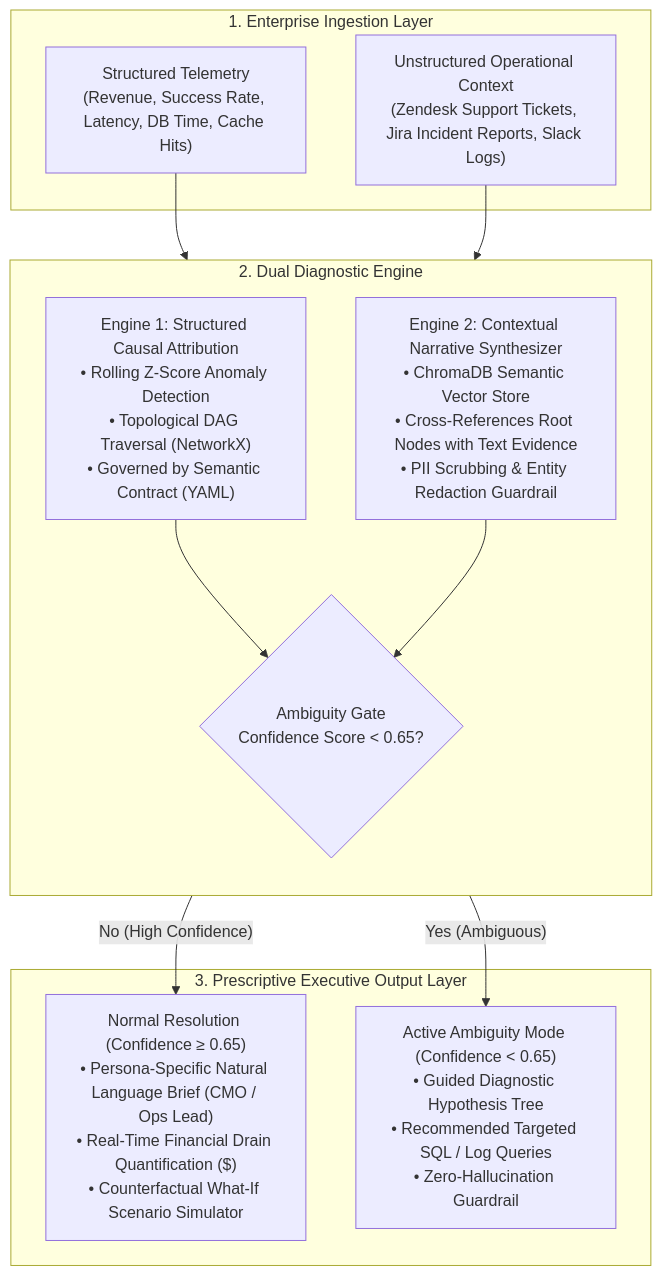
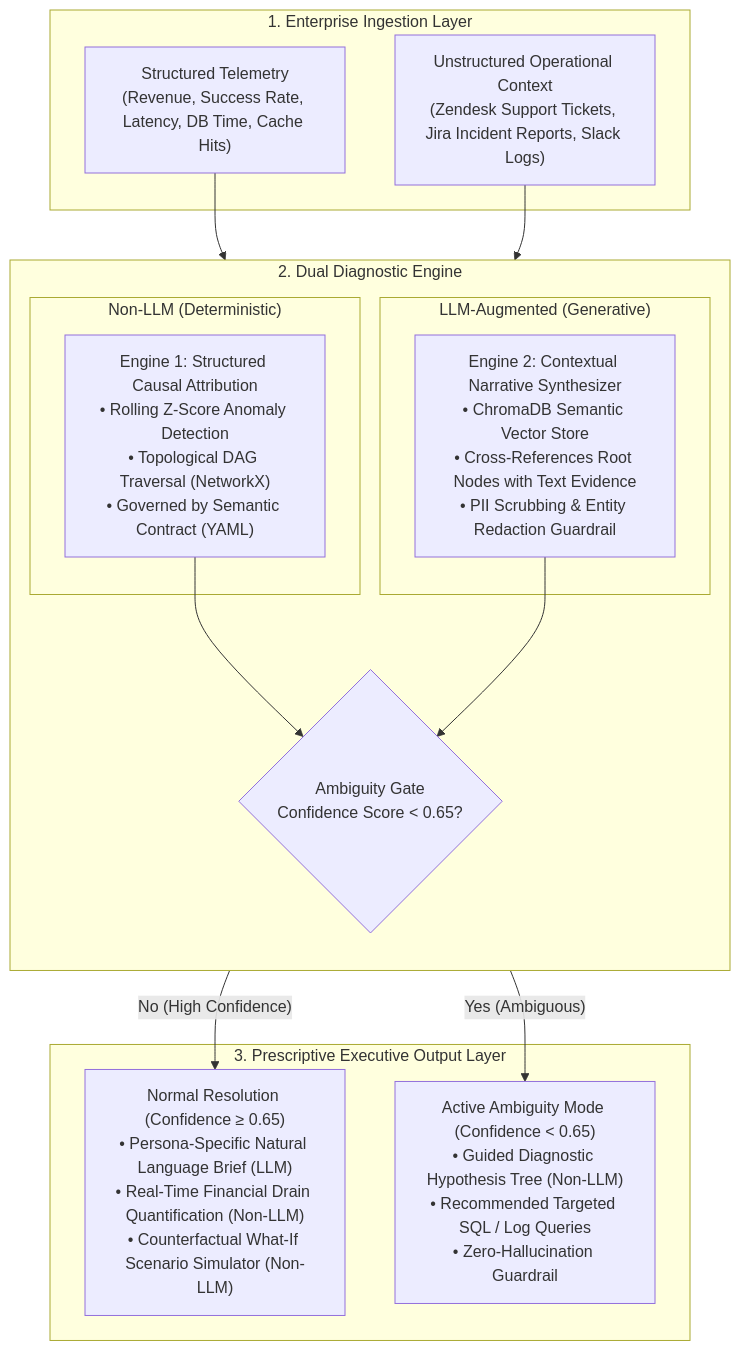
One commit to vedantlohare/CausalPulse-AI changed the diagram in README.md. Above: the diagram before and after it, drawn with Mermaid. The commit also changed other lines of this file and 10 other files, not shown here.

````diff
--- a/README.md
+++ b/README.md
@@ -56,26 +56,30 @@
 ```mermaid
 flowchart TD
     subgraph L1["1. Enterprise Ingestion Layer"]
         T["Structured Telemetry<br>(Revenue, Success Rate, Latency, DB Time, Cache Hits)"]
         U["Unstructured Operational Context<br>(Zendesk Support Tickets, Jira Incident Reports, Slack Logs)"]
     end
 
     subgraph L2["2. Dual Diagnostic Engine"]
         direction TB
-        E1["Engine 1: Structured Causal Attribution<br>• Rolling Z-Score Anomaly Detection<br>• Topological DAG Traversal (NetworkX)<br>• Governed by Semantic Contract (YAML)"]
-        E2["Engine 2: Contextual Narrative Synthesizer<br>• ChromaDB Semantic Vector Store<br>• Cross-References Root Nodes with Text Evidence<br>• PII Scrubbing & Entity Redaction Guardrail"]
+        subgraph NON_LLM["Non-LLM (Deterministic)"]
+            E1["Engine 1: Structured Causal Attribution<br>• Rolling Z-Score Anomaly Detection<br>• Topological DAG Traversal (NetworkX)<br>• Governed by Semantic Contract (YAML)"]
+        end
+        subgraph LLM_AUGMENTED["LLM-Augmented (Generative)"]
+            E2["Engine 2: Contextual Narrative Synthesizer<br>• ChromaDB Semantic Vector Store<br>• Cross-References Root Nodes with Text Evidence<br>• PII Scrubbing & Entity Redaction Guardrail"]
+        end
         AG{"Ambiguity Gate<br>Confidence Score < 0.65?"}
     end
 
     subgraph L3["3. Prescriptive Executive Output Layer"]
-        R1["Normal Resolution (Confidence ≥ 0.65)<br>• Persona-Specific Natural Language Brief (CMO / Ops Lead)<br>• Real-Time Financial Drain Quantification ($)<br>• Counterfactual What-If Scenario Simulator"]
-        R2["Active Ambiguity Mode (Confidence < 0.65)<br>• Guided Diagnostic Hypothesis Tree<br>• Recommended Targeted SQL / Log Queries<br>• Zero-Hallucination Guardrail"]
+        R1["Normal Resolution (Confidence ≥ 0.65)<br>• Persona-Specific Natural Language Brief (LLM)<br>• Real-Time Financial Drain Quantification (Non-LLM)<br>• Counterfactual What-If Scenario Simulator (Non-LLM)"]
+        R2["Active Ambiguity Mode (Confidence < 0.65)<br>• Guided Diagnostic Hypothesis Tree (Non-LLM)<br>• Recommended Targeted SQL / Log Queries<br>• Zero-Hallucination Guardrail"]
     end
 
     T --> E1
     U --> E2
     E1 --> AG
     E2 --> AG
     AG -- "Yes (Ambiguous)" --> R2
     AG -- "No (High Confidence)" --> R1
 ```
````
